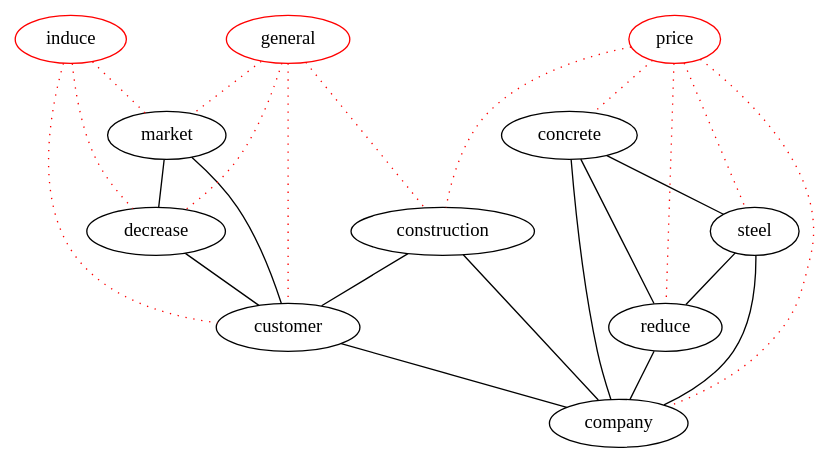
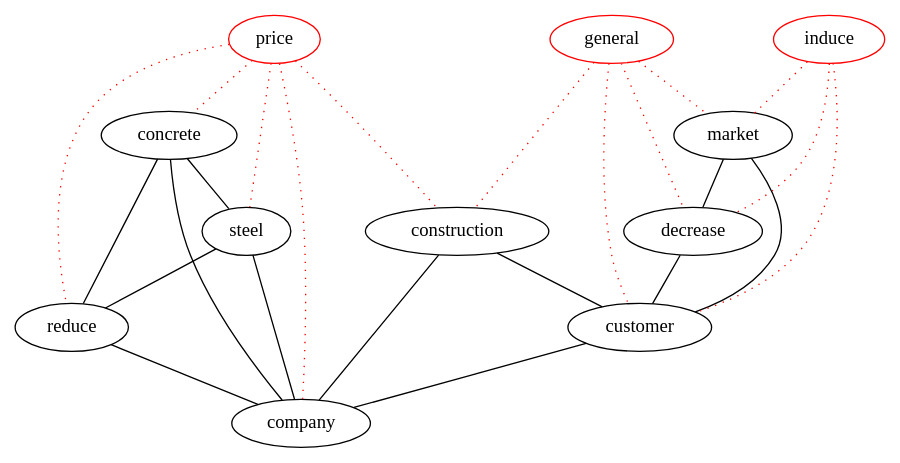
The diagram in dot/d2.dot (michaelweiss/keygraph), drawn with Graphviz before and after one commit. The commit also changed other lines of this file and 4 other files, not shown here.

```diff
--- a/dot/d2.dot
+++ b/dot/d2.dot
@@ -1,38 +1,38 @@
 graph keygraph {
 graph [size="10,10"]
+construction [color="black"]
+reduce [color="black"]
+customer [color="black"]
+company [color="black"]
+concrete [color="black"]
 decrease [color="black"]
-company [color="black"]
 steel [color="black"]
-customer [color="black"]
-concrete [color="black"]
-construction [color="black"]
 market [color="black"]
-reduce [color="black"]
+general [color="red"]
+price [color="red"]
 induce [color="red"]
-price [color="red"]
-general [color="red"]
 construction--customer
 construction--company
 concrete--reduce
 steel--reduce
 customer--company
 market--decrease
 market--customer
 decrease--customer
 concrete--steel
 concrete--company
 steel--company
 reduce--company
+induce--customer [color="red", style="dotted"]
 induce--decrease [color="red", style="dotted"]
-induce--customer [color="red", style="dotted"]
 induce--market [color="red", style="dotted"]
+general--construction [color="red", style="dotted"]
+general--customer [color="red", style="dotted"]
 general--decrease [color="red", style="dotted"]
-general--customer [color="red", style="dotted"]
-general--construction [color="red", style="dotted"]
 general--market [color="red", style="dotted"]
-price--company [color="red", style="dotted"]
-price--steel [color="red", style="dotted"]
-price--concrete [color="red", style="dotted"]
 price--construction [color="red", style="dotted"]
 price--reduce [color="red", style="dotted"]
+price--company [color="red", style="dotted"]
+price--concrete [color="red", style="dotted"]
+price--steel [color="red", style="dotted"]
 }
```
